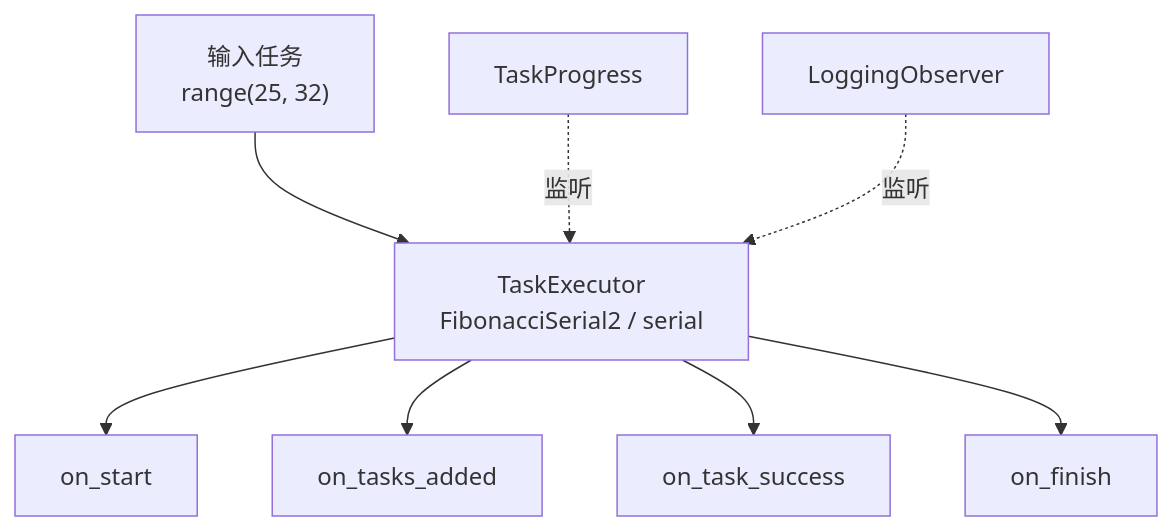
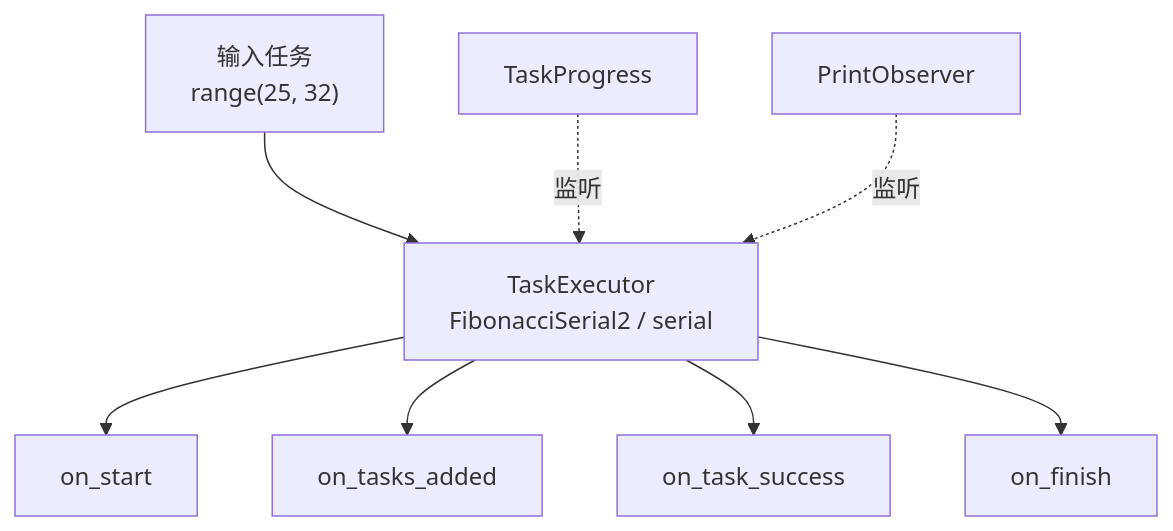
Before and after one commit to Mr-xiaotian/CelestialFlow: the diagram in docs/zh-CN/demo/demo_observer.md, drawn with Mermaid. The commit also changed other lines of this file and 12 other files, not shown here.

````diff
--- a/docs/zh-CN/demo/demo_observer.md
+++ b/docs/zh-CN/demo/demo_observer.md
@@ -25,10 +25,10 @@
 ```mermaid
 flowchart TB
     Input["输入任务<br/>range(25, 32)"] --> Executor["TaskExecutor<br/>FibonacciSerial2 / serial"]
     Progress["TaskProgress"] -.监听.-> Executor
-    Custom["LoggingObserver"] -.监听.-> Executor
+    Custom["PrintObserver"] -.监听.-> Executor
     Executor --> Start["on_start"]
     Executor --> Added["on_tasks_added"]
     Executor --> Success["on_task_success"]
     Executor --> Finish["on_finish"]
 ```
````
